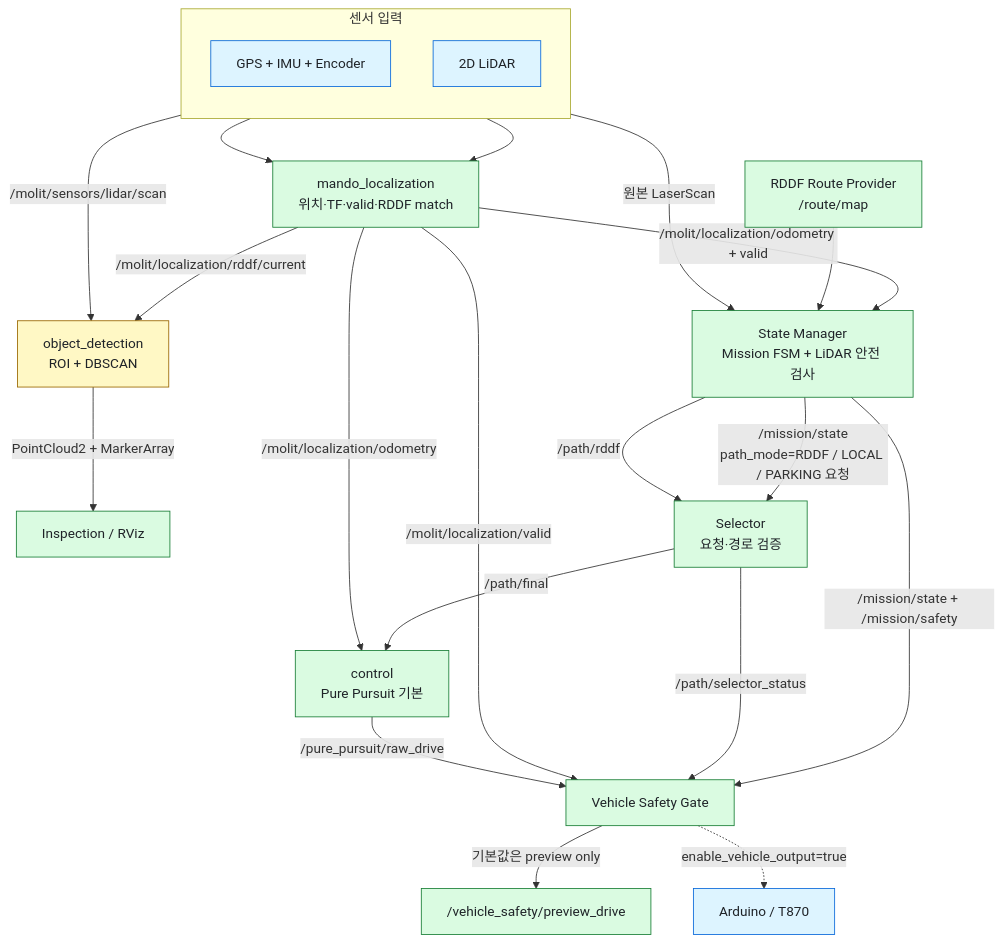
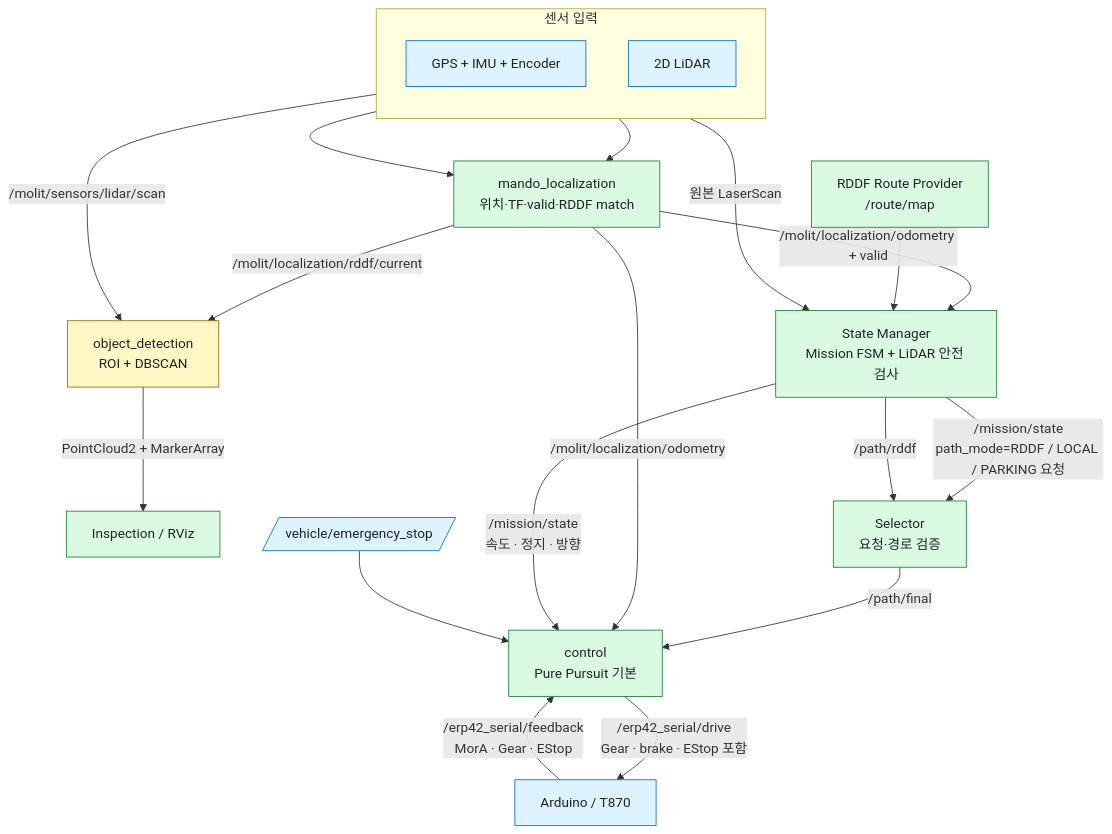
Before and after one commit to Team-Stier/HL-FMA-1-5-2026: the first of 3 diagrams in docs/architecture.md, drawn with Mermaid. The commit also changed other lines of this file and 30 other files, not shown here.

Commit message:
refactor: connect control directly to vehicle interface

````diff
--- a/docs/architecture.md
+++ b/docs/architecture.md
@@ -67,42 +67,39 @@
 ```mermaid
 flowchart TB
     classDef active fill:#dafbe1,stroke:#1a7f37,color:#1f2328
     classDef partial fill:#fff8c5,stroke:#9a6700,color:#1f2328
     classDef support fill:#ddf4ff,stroke:#0969da,color:#1f2328
 
     subgraph hardware[센서 입력]
         direction TB
         MOTION[GPS + IMU + Encoder]:::support
         LIDAR[2D LiDAR]:::support
     end
 
     LOC[mando_localization<br/>위치·TF·valid·RDDF match]:::active
     ROUTE[RDDF Route Provider<br/>/route/map]:::active
     DET[object_detection<br/>ROI + DBSCAN]:::partial
     INSPECT[Inspection / RViz]:::active
     SM[State Manager<br/>Mission FSM + LiDAR 안전 검사]:::active
     SELECTOR[Selector<br/>요청·경로 검증]:::active
     CONTROL[control<br/>Pure Pursuit 기본]:::active
-    GATE[Vehicle Safety Gate]:::active
-    PREVIEW["/vehicle_safety/preview_drive"]:::active
+    ESTOP[/vehicle/emergency_stop/]:::support
     VEHICLE[Arduino / T870]:::support
 
     MOTION --> LOC
     LIDAR --> LOC
     LOC -->|/molit/localization/odometry + valid| SM
     LOC -->|/molit/localization/rddf/current| DET
     LIDAR -->|/molit/sensors/lidar/scan| DET
     LIDAR -->|원본 LaserScan| SM
     ROUTE --> SM
     DET -->|PointCloud2 + MarkerArray| INSPECT
     SM -->|/mission/state<br/>path_mode=RDDF / LOCAL / PARKING 요청| SELECTOR
     SM -->|/path/rddf| SELECTOR
     SELECTOR -->|/path/final| CONTROL
     LOC -->|/molit/localization/odometry| CONTROL
-    SM -->|/mission/state + /mission/safety| GATE
-    SELECTOR -->|/path/selector_status| GATE
-    LOC -->|/molit/localization/valid| GATE
-    CONTROL -->|/pure_pursuit/raw_drive| GATE
-    GATE -->|기본값은 preview only| PREVIEW
-    GATE -.->|enable_vehicle_output=true| VEHICLE
+    SM -->|/mission/state<br/>속도 · 정지 · 방향| CONTROL
+    ESTOP --> CONTROL
+    CONTROL -->|/erp42_serial/drive<br/>Gear · brake · EStop 포함| VEHICLE
+    VEHICLE -->|/erp42_serial/feedback<br/>MorA · Gear · EStop| CONTROL
 ```
````
